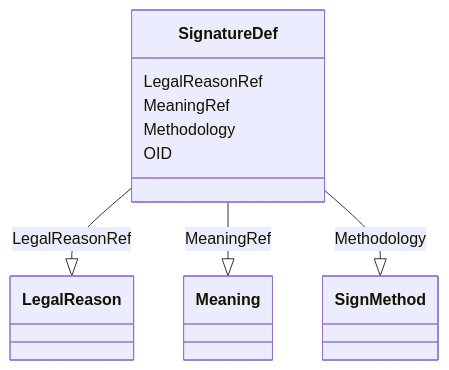
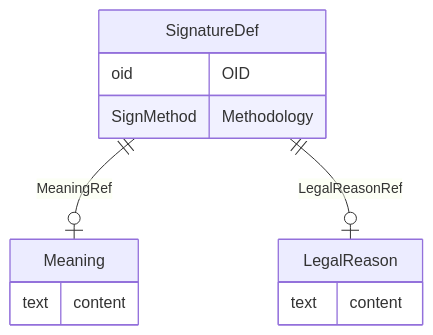
Before and after one commit to cdisc-org/DataExchange-ODM-LinkML: the diagram in docs/SignatureDef.md, drawn with Mermaid. The commit also changed other lines of this file and 181 other files, not shown here.

Commit message:
ER diagrams working via templates and removing names with underscores

````diff
--- a/docs/SignatureDef.md
+++ b/docs/SignatureDef.md
@@ -14,19 +11,17 @@
 ```mermaid
- classDiagram
-    class SignatureDef
-      SignatureDef : LegalReasonRef
-        
-          SignatureDef --|> LegalReason : LegalReasonRef
-        
-      SignatureDef : MeaningRef
-        
-          SignatureDef --|> Meaning : MeaningRef
-        
-      SignatureDef : Methodology
-        
-          SignatureDef --|> SignMethod : Methodology
-        
-      SignatureDef : OID
-        
-      
+erDiagram
+SignatureDef {
+    oid OID  
+    SignMethod Methodology  
+}
+LegalReason {
+    text content  
+}
+Meaning {
+    text content  
+}
+
+SignatureDef ||--|o Meaning : "MeaningRef"
+SignatureDef ||--|o LegalReason : "LegalReasonRef"
+
 ```
````
